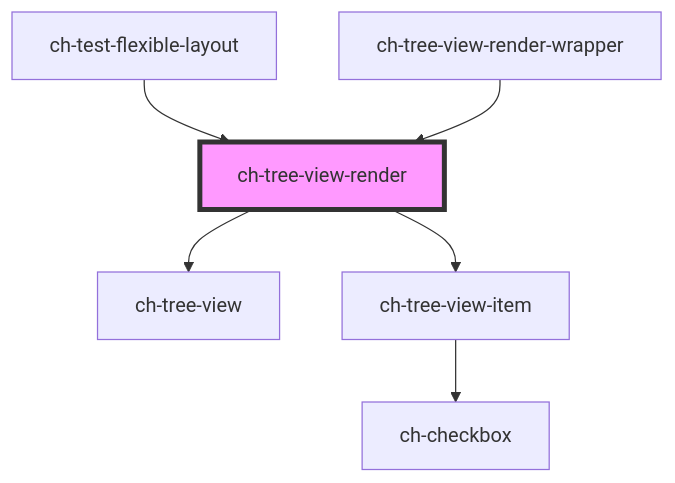
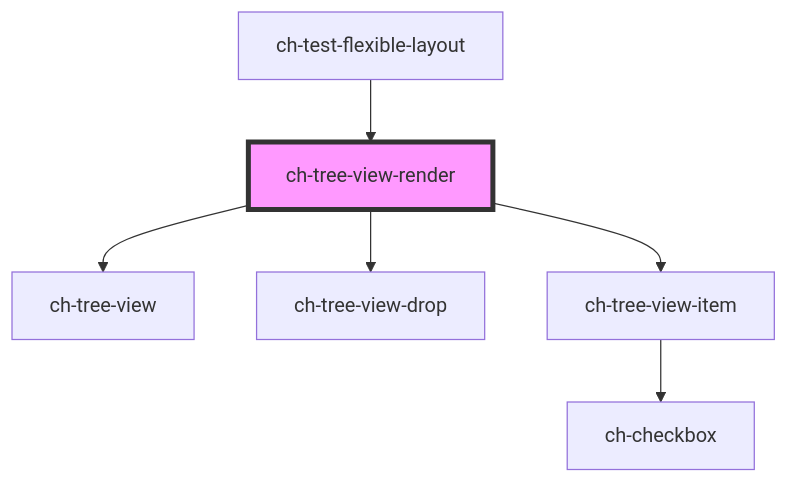
One commit to genexuslabs/chameleon-controls-library changed the diagram in src/components/renders/tree-view/readme.md. Above: the diagram before and after it, drawn with Mermaid. The commit also changed other lines of this file and 4 other files, not shown here.

````diff
--- a/src/components/renders/tree-view/readme.md
+++ b/src/components/renders/tree-view/readme.md
@@ -258,9 +260,9 @@
 ```mermaid
 graph TD;
   ch-tree-view-render --> ch-tree-view
+  ch-tree-view-render --> ch-tree-view-drop
   ch-tree-view-render --> ch-tree-view-item
   ch-tree-view-item --> ch-checkbox
   ch-test-flexible-layout --> ch-tree-view-render
-  ch-tree-view-render-wrapper --> ch-tree-view-render
   style ch-tree-view-render fill:#f9f,stroke:#333,stroke-width:4px
 ```
````
